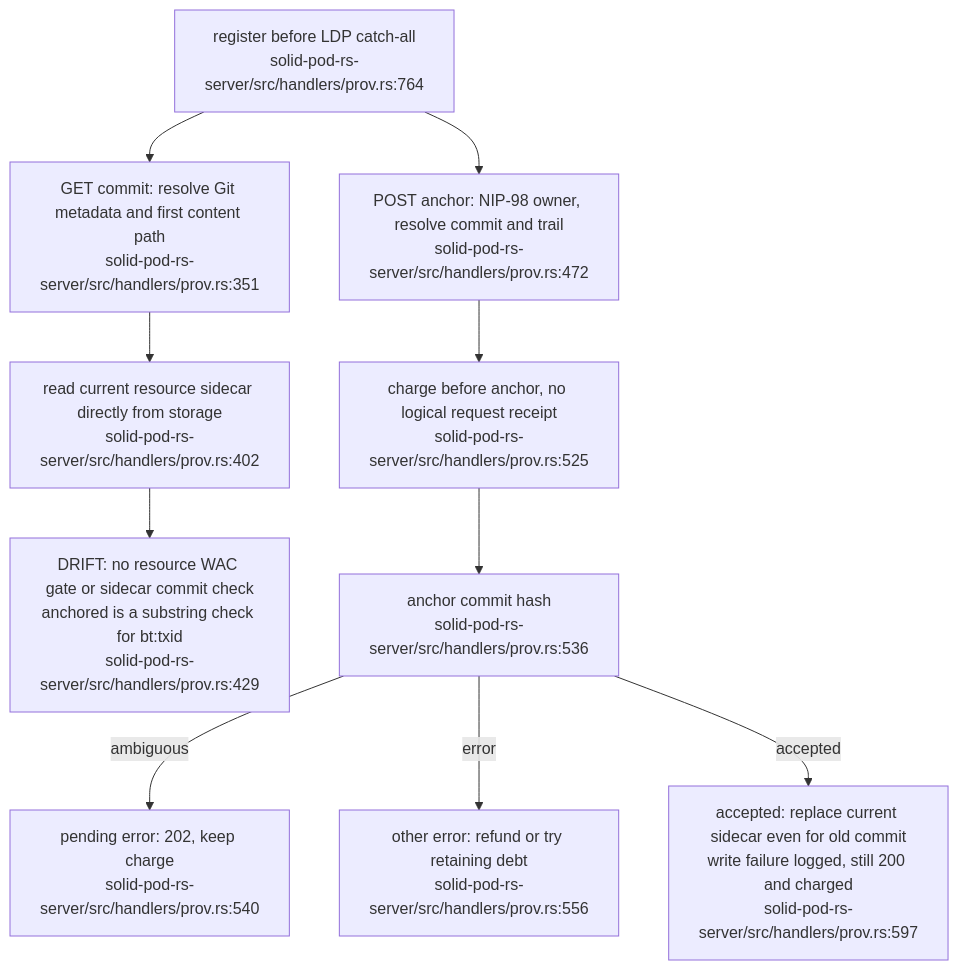
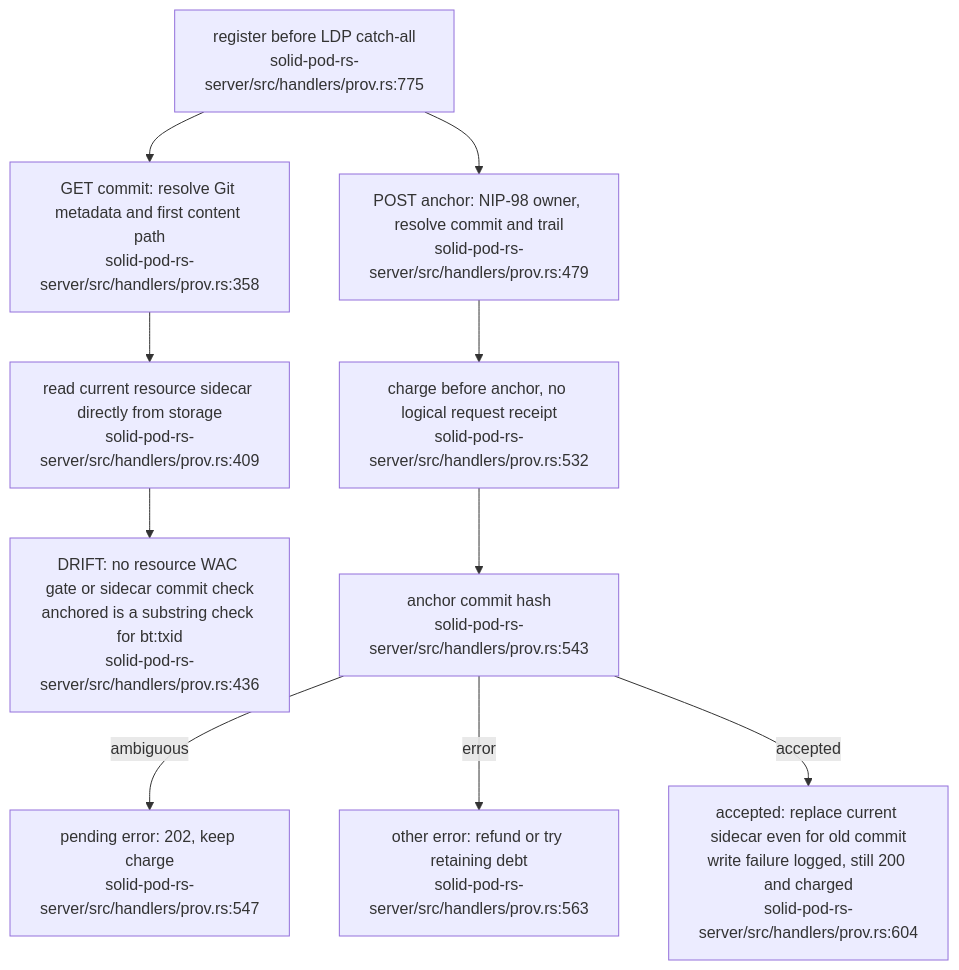
One commit to DreamLab-AI/VisionFlow changed the sixth of 19 diagrams in docs/diagrams/solid-pod-rs/07-provenance-and-payments.md. Above: the diagram before and after it, drawn with Mermaid. The commit also changed other lines of this file and 2 other files, not shown here.

First line of the commit message:
docs(diagrams): SP-07, SP-10, SP-15 re-verified at solid-pod-rs a28a748

````diff
--- a/docs/diagrams/solid-pod-rs/07-provenance-and-payments.md
+++ b/docs/diagrams/solid-pod-rs/07-provenance-and-payments.md
@@ -183,18 +185,18 @@
 ```mermaid
 flowchart TD
-    REG["register before LDP catch-all<br/>solid-pod-rs-server/src/handlers/prov.rs:764"]
-    GET["GET commit: resolve Git metadata and first content path<br/>solid-pod-rs-server/src/handlers/prov.rs:351"]
-    SC["read current resource sidecar directly from storage<br/>solid-pod-rs-server/src/handlers/prov.rs:402"]
-    LEAK["DRIFT: no resource WAC gate or sidecar commit check<br/>anchored is a substring check for bt:txid<br/>solid-pod-rs-server/src/handlers/prov.rs:429"]
-    POST["POST anchor: NIP-98 owner, resolve commit and trail<br/>solid-pod-rs-server/src/handlers/prov.rs:472"]
-    DEBIT["charge before anchor, no logical request receipt<br/>solid-pod-rs-server/src/handlers/prov.rs:525"]
-    ANCHOR["anchor commit hash<br/>solid-pod-rs-server/src/handlers/prov.rs:536"]
-    PENDING["pending error: 202, keep charge<br/>solid-pod-rs-server/src/handlers/prov.rs:540"]
-    REFUND["other error: refund or try retaining debt<br/>solid-pod-rs-server/src/handlers/prov.rs:556"]
-    WRITE["accepted: replace current sidecar even for old commit<br/>write failure logged, still 200 and charged<br/>solid-pod-rs-server/src/handlers/prov.rs:597"]
+    REG["register before LDP catch-all<br/>solid-pod-rs-server/src/handlers/prov.rs:775"]
+    GET["GET commit: resolve Git metadata and first content path<br/>solid-pod-rs-server/src/handlers/prov.rs:358"]
+    SC["read current resource sidecar directly from storage<br/>solid-pod-rs-server/src/handlers/prov.rs:409"]
+    LEAK["DRIFT: no resource WAC gate or sidecar commit check<br/>anchored is a substring check for bt:txid<br/>solid-pod-rs-server/src/handlers/prov.rs:436"]
+    POST["POST anchor: NIP-98 owner, resolve commit and trail<br/>solid-pod-rs-server/src/handlers/prov.rs:479"]
+    DEBIT["charge before anchor, no logical request receipt<br/>solid-pod-rs-server/src/handlers/prov.rs:532"]
+    ANCHOR["anchor commit hash<br/>solid-pod-rs-server/src/handlers/prov.rs:543"]
+    PENDING["pending error: 202, keep charge<br/>solid-pod-rs-server/src/handlers/prov.rs:547"]
+    REFUND["other error: refund or try retaining debt<br/>solid-pod-rs-server/src/handlers/prov.rs:563"]
+    WRITE["accepted: replace current sidecar even for old commit<br/>write failure logged, still 200 and charged<br/>solid-pod-rs-server/src/handlers/prov.rs:604"]
     REG --> GET --> SC --> LEAK
     REG --> POST --> DEBIT --> ANCHOR
     ANCHOR -- ambiguous --> PENDING
     ANCHOR -- error --> REFUND
     ANCHOR -- accepted --> WRITE
 ```
````
